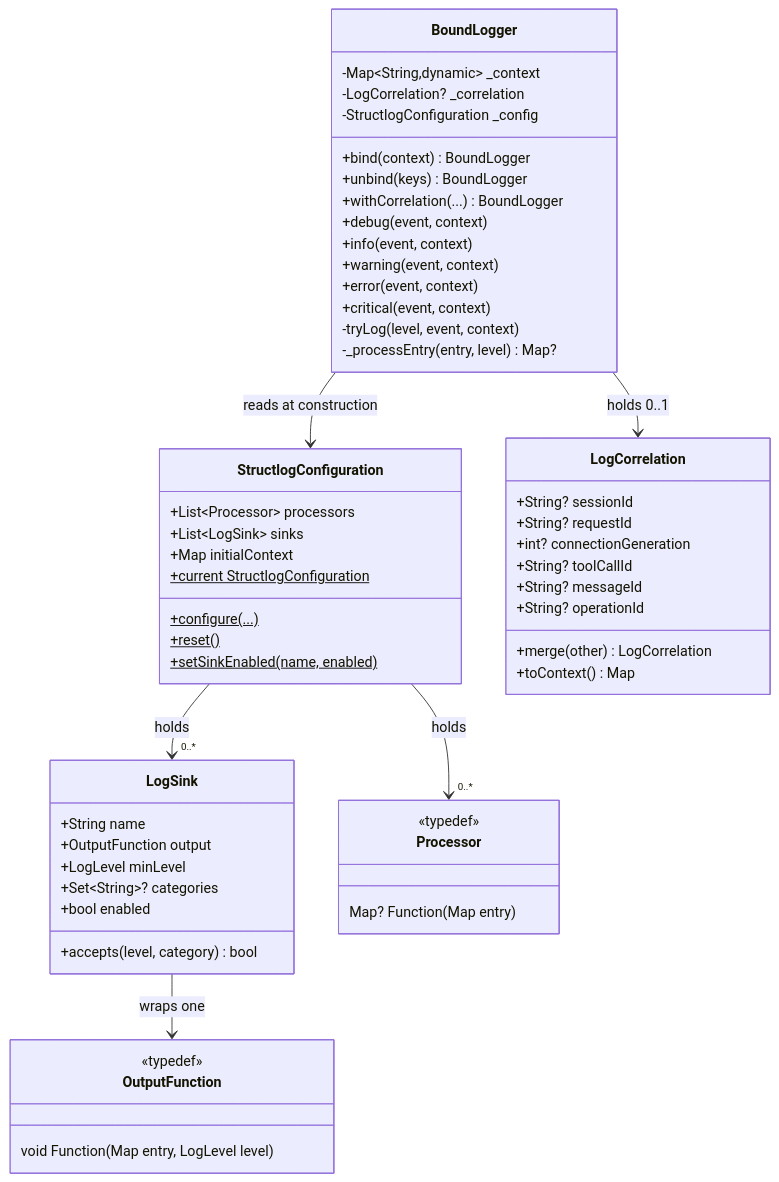
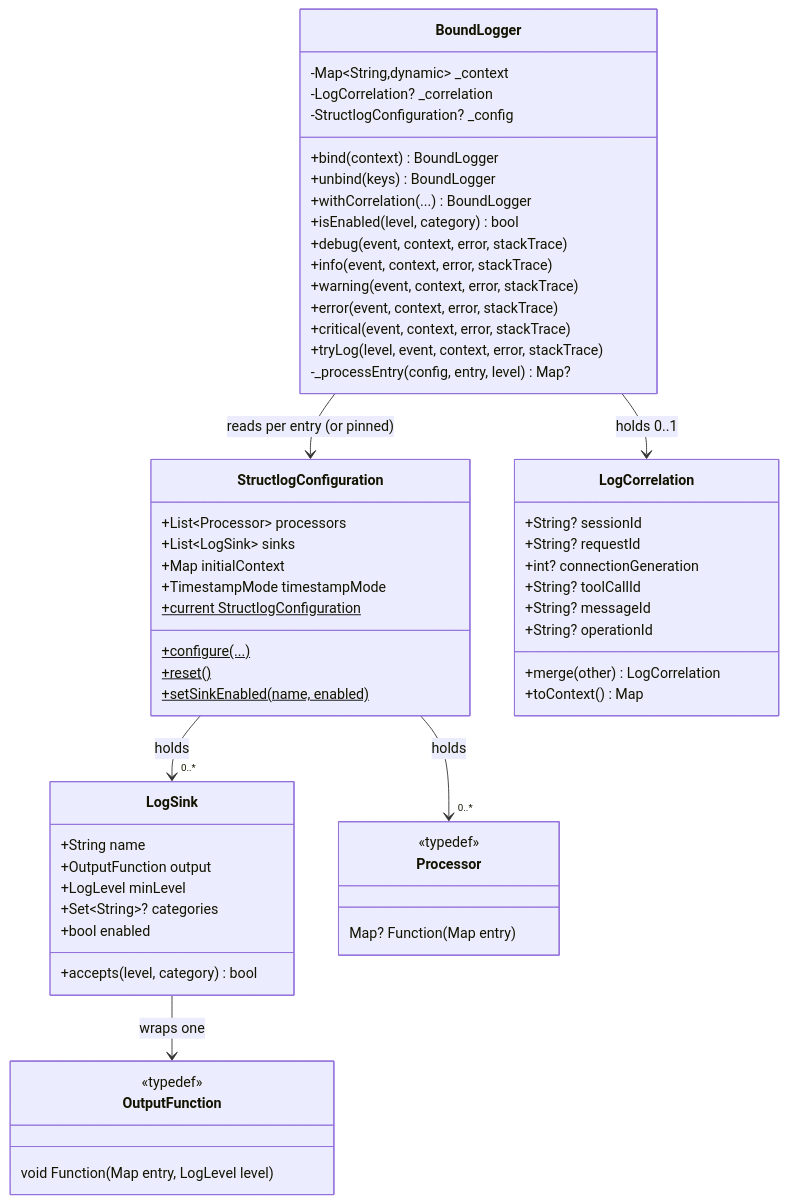
The first of 4 diagrams in emb/structured_log/doc/ARCHITECTURE.md (pese-git/structured_log), drawn with Mermaid before and after one commit. The commit also changed other lines of this file and 4 other files, not shown here.

````diff
--- a/emb/structured_log/doc/ARCHITECTURE.md
+++ b/emb/structured_log/doc/ARCHITECTURE.md
@@ -42,64 +56,66 @@
 ```mermaid
 classDiagram
     class BoundLogger {
         -Map~String,dynamic~ _context
         -LogCorrelation? _correlation
-        -StructlogConfiguration _config
+        -StructlogConfiguration? _config
         +bind(context) BoundLogger
         +unbind(keys) BoundLogger
         +withCorrelation(...) BoundLogger
-        +debug(event, context)
-        +info(event, context)
-        +warning(event, context)
-        +error(event, context)
-        +critical(event, context)
-        -tryLog(level, event, context)
-        -_processEntry(entry, level) Map?
+        +isEnabled(level, category) bool
+        +debug(event, context, error, stackTrace)
+        +info(event, context, error, stackTrace)
+        +warning(event, context, error, stackTrace)
+        +error(event, context, error, stackTrace)
+        +critical(event, context, error, stackTrace)
+        +tryLog(level, event, context, error, stackTrace)
+        -_processEntry(config, entry, level) Map?
     }
 
     class StructlogConfiguration {
         +List~Processor~ processors
         +List~LogSink~ sinks
         +Map initialContext
+        +TimestampMode timestampMode
         +configure(...)$
         +reset()$
         +setSinkEnabled(name, enabled)$
         +current StructlogConfiguration$
     }
 
     class LogCorrelation {
         +String? sessionId
         +String? requestId
         +int? connectionGeneration
         +String? toolCallId
         +String? messageId
         +String? operationId
         +merge(other) LogCorrelation
         +toContext() Map
     }
 
     class LogSink {
         +String name
         +OutputFunction output
         +LogLevel minLevel
         +Set~String~? categories
         +bool enabled
         +accepts(level, category) bool
     }
 
     class Processor {
         <<typedef>>
         Map? Function(Map entry)
     }
 
     class OutputFunction {
         <<typedef>>
         void Function(Map entry, LogLevel level)
     }
 
-    BoundLogger --> StructlogConfiguration : reads at construction
+    BoundLogger --> StructlogConfiguration : reads per entry (or pinned)
     BoundLogger --> LogCorrelation : holds 0..1
     StructlogConfiguration --> "0..*" LogSink : holds
     StructlogConfiguration --> "0..*" Processor : holds
     LogSink --> OutputFunction : wraps one
 ```
````
